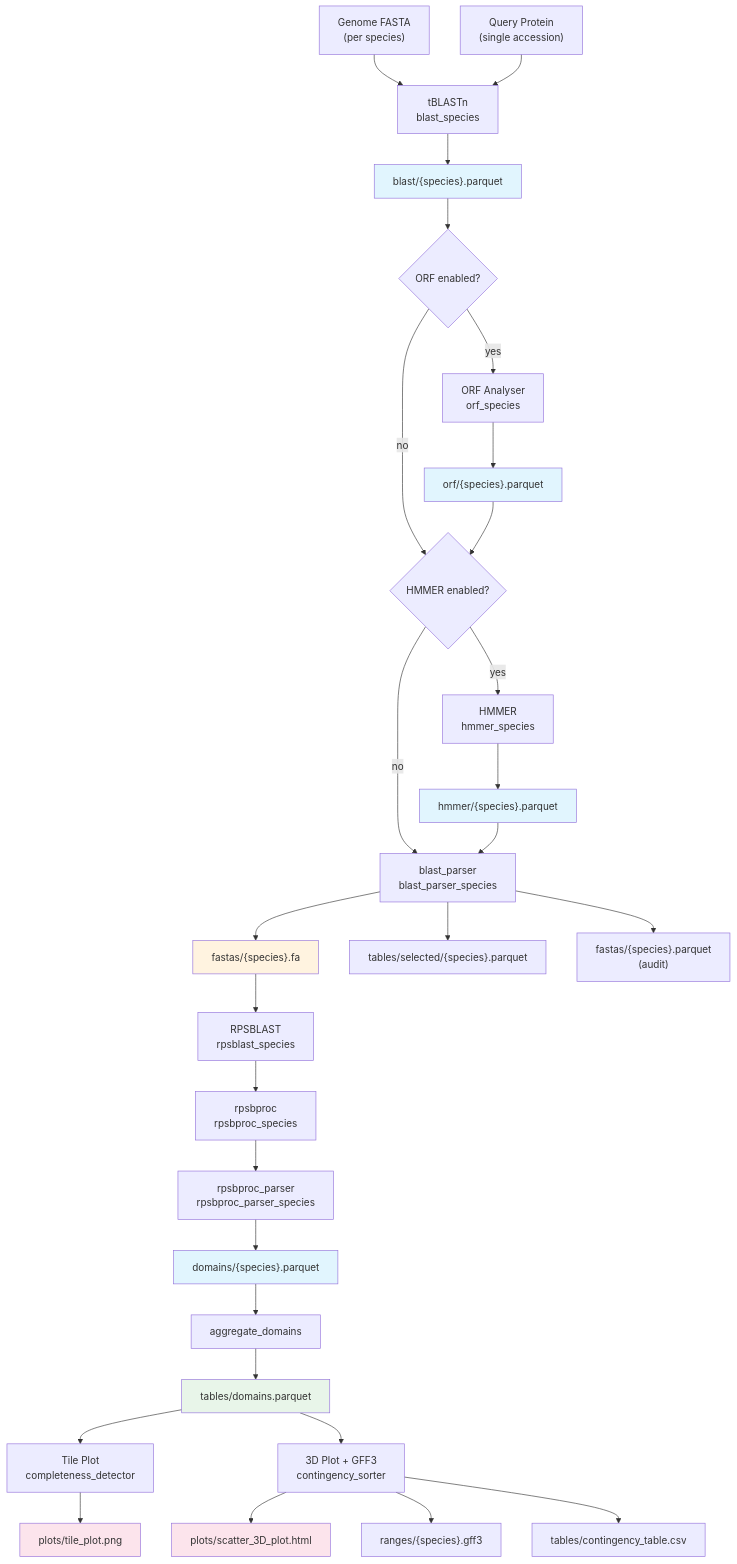
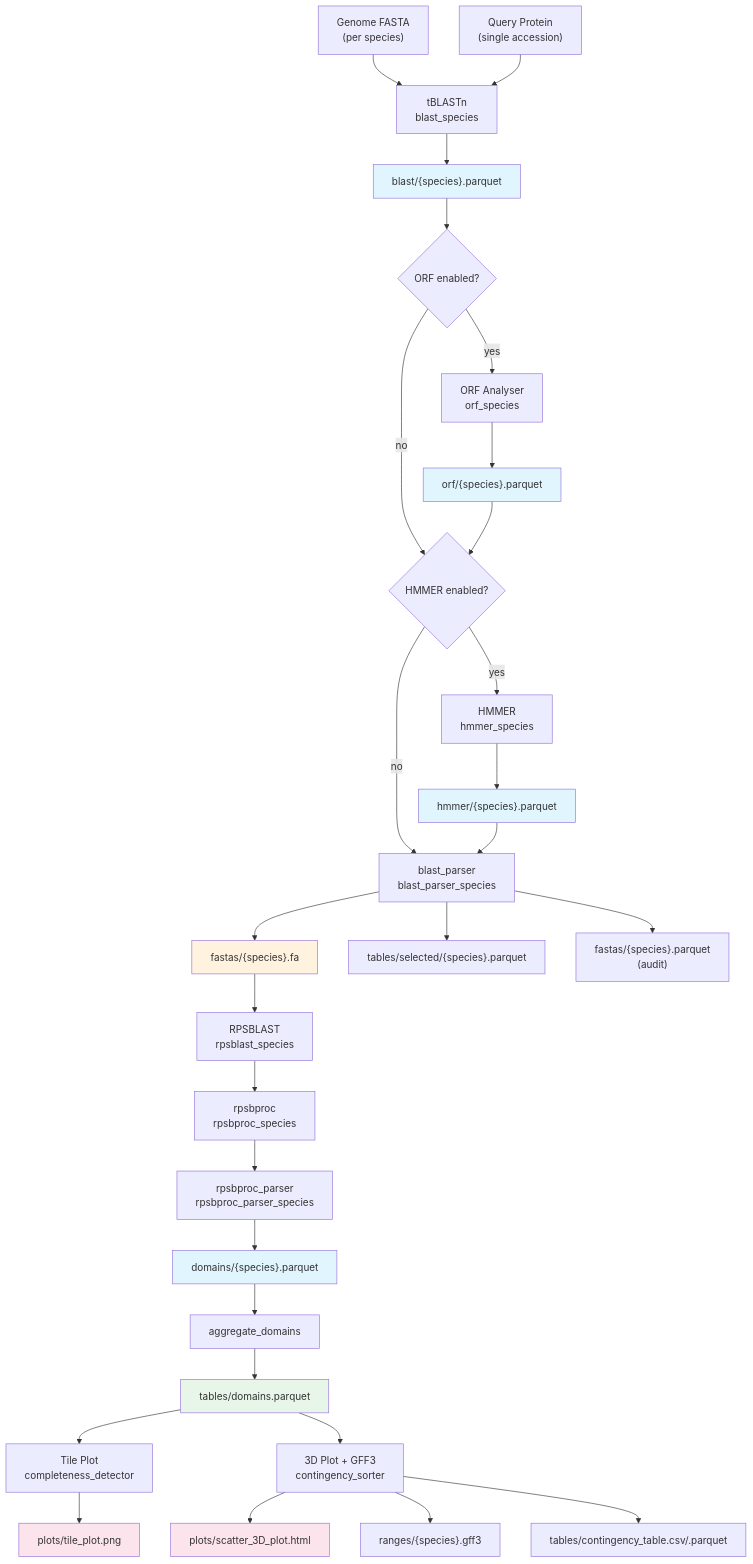
The first of 3 diagrams in docs/architecture.md (JorgeAndOmics/rpsHunter), drawn with Mermaid before and after one commit. The commit also changed 9 other files, not shown here.

````diff
--- a/docs/architecture.md
+++ b/docs/architecture.md
@@ -14,39 +14,39 @@
 ```mermaid
 graph TD
     A["Genome FASTA<br/>(per species)"] --> B["tBLASTn<br/>blast_species"]
     Q["Query Protein<br/>(single accession)"] --> B
     B --> C["blast/{species}.parquet"]
     C --> D{ORF enabled?}
     D -->|yes| E["ORF Analyser<br/>orf_species"]
     D -->|no| F{HMMER enabled?}
     E --> E2["orf/{species}.parquet"]
     E2 --> F
     F -->|yes| G["HMMER<br/>hmmer_species"]
     F -->|no| H["blast_parser<br/>blast_parser_species"]
     G --> G2["hmmer/{species}.parquet"]
     G2 --> H
     H --> I["fastas/{species}.fa"]
     H --> I2["tables/selected/{species}.parquet"]
     H --> I3["fastas/{species}.parquet<br/>(audit)"]
     I --> J["RPSBLAST<br/>rpsblast_species"]
     J --> K["rpsbproc<br/>rpsbproc_species"]
     K --> L["rpsbproc_parser<br/>rpsbproc_parser_species"]
     L --> M["domains/{species}.parquet"]
     M --> N["aggregate_domains"]
     N --> O["tables/domains.parquet"]
     O --> P1["Tile Plot<br/>completeness_detector"]
     O --> P2["3D Plot + GFF3<br/>contingency_sorter"]
     P1 --> R1["plots/tile_plot.png"]
     P2 --> R2["plots/scatter_3D_plot.html"]
     P2 --> R3["ranges/{species}.gff3"]
-    P2 --> R4["tables/contingency_table.csv"]
+    P2 --> R4["tables/contingency_table.csv/.parquet"]
 
     style C fill:#e1f5fe
     style E2 fill:#e1f5fe
     style G2 fill:#e1f5fe
     style I fill:#fff3e0
     style M fill:#e1f5fe
     style O fill:#e8f5e9
     style R1 fill:#fce4ec
     style R2 fill:#fce4ec
 ```
````
